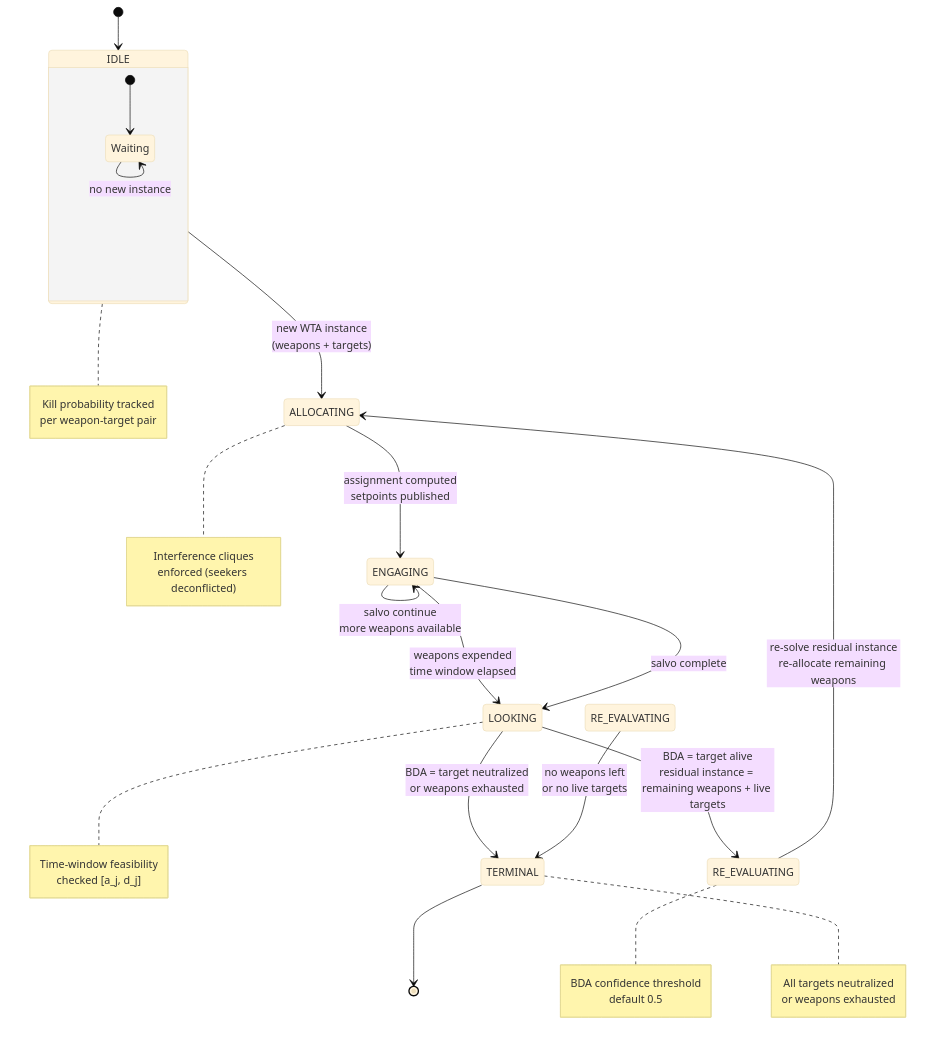
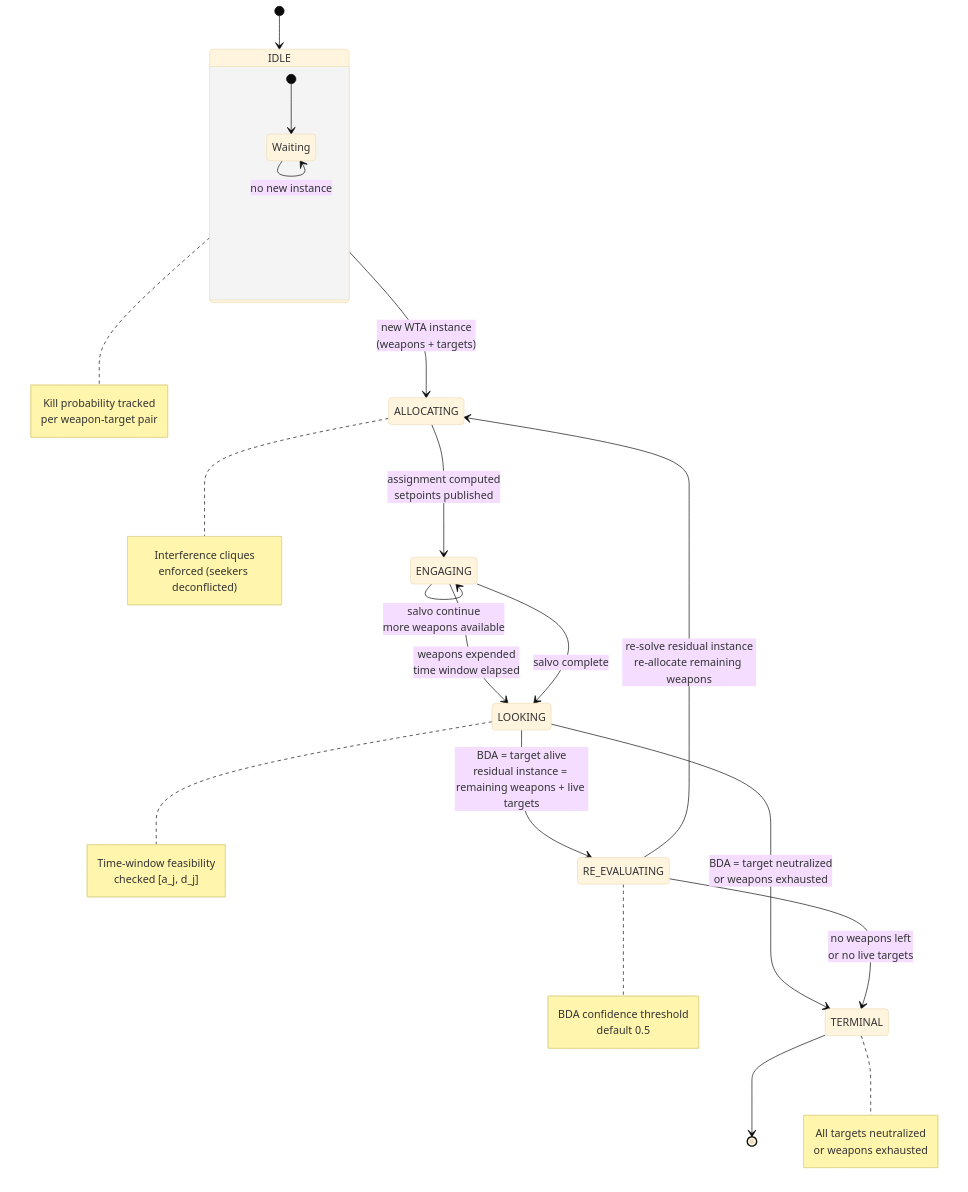
Before and after one commit to AAH20/apex-autopilot-optimization: the diagram in docs/architecture/combat-state-machine.mmd, drawn with Mermaid (base theme). The commit also changed 3 other files, not shown here.

First line of the commit message:
enhance(wave2): Mermaid fix + TensorRT CI integration

```diff
--- a/docs/architecture/combat-state-machine.mmd
+++ b/docs/architecture/combat-state-machine.mmd
@@ -1,35 +1,35 @@
 %% Combat Reallocator State Machine — Shoot-Look-Shoot / Shoot-Shoot-Look
 %% Dynamic Weapon-Target reallocation driven by Battle-Damage Assessment (BDA)
 
 stateDiagram-v2
     [*] --> IDLE
     IDLE --> ALLOCATING : new WTA instance<br/>(weapons + targets)
     ALLOCATING --> ENGAGING : assignment computed<br/>setpoints published
     ENGAGING --> LOOKING : weapons expended<br/>time window elapsed
     
     %% Shoot-Look-Shoot (SLS): one engagement per cycle
     LOOKING --> TERMINAL : BDA = target neutralized<br/>or weapons exhausted
     LOOKING --> RE_EVALUATING : BDA = target alive<br/>residual instance = remaining weapons + live targets
     
     %% Shoot-Shoot-Look (SSL): full salvo before look
     ENGAGING --> ENGAGING : salvo continue<br/>more weapons available
     ENGAGING --> LOOKING : salvo complete
     
     %% Re-evaluation loop
     RE_EVALUATING --> ALLOCATING : re-solve residual instance<br/>re-allocate remaining weapons
-    RE_EVALVATING --> TERMINAL : no weapons left<br/>or no live targets
+    RE_EVALUATING --> TERMINAL : no weapons left<br/>or no live targets
     
     TERMINAL --> [*]
     
     note right of IDLE: Kill probability tracked<br/>per weapon-target pair
     note right of ALLOCATING: Interference cliques<br/>enforced (seekers deconflicted)
     note right of LOOKING: Time-window feasibility<br/>checked [a_j, d_j]
     note right of RE_EVALUATING: BDA confidence threshold<br/>default 0.5
     note right of TERMINAL: All targets neutralized<br/>or weapons exhausted
 
     state IDLE {
         [*] --> Waiting
         Waiting --> Waiting : no new instance
     }
 
 %% vim: set ft=mermaid:
```
